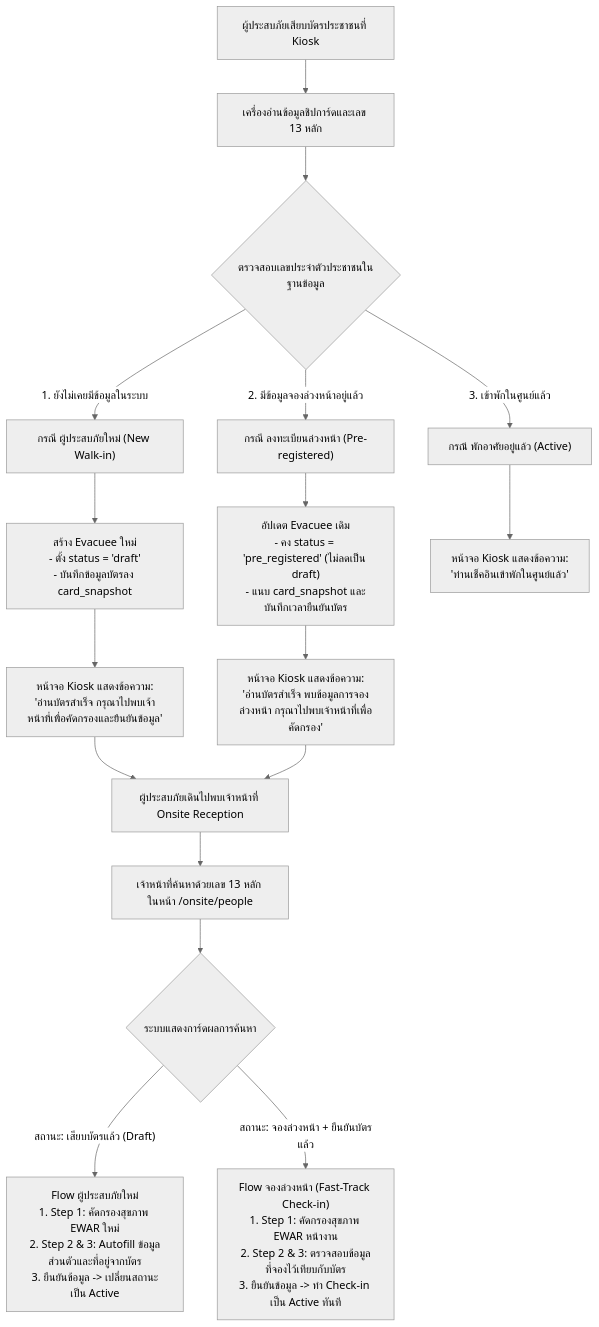
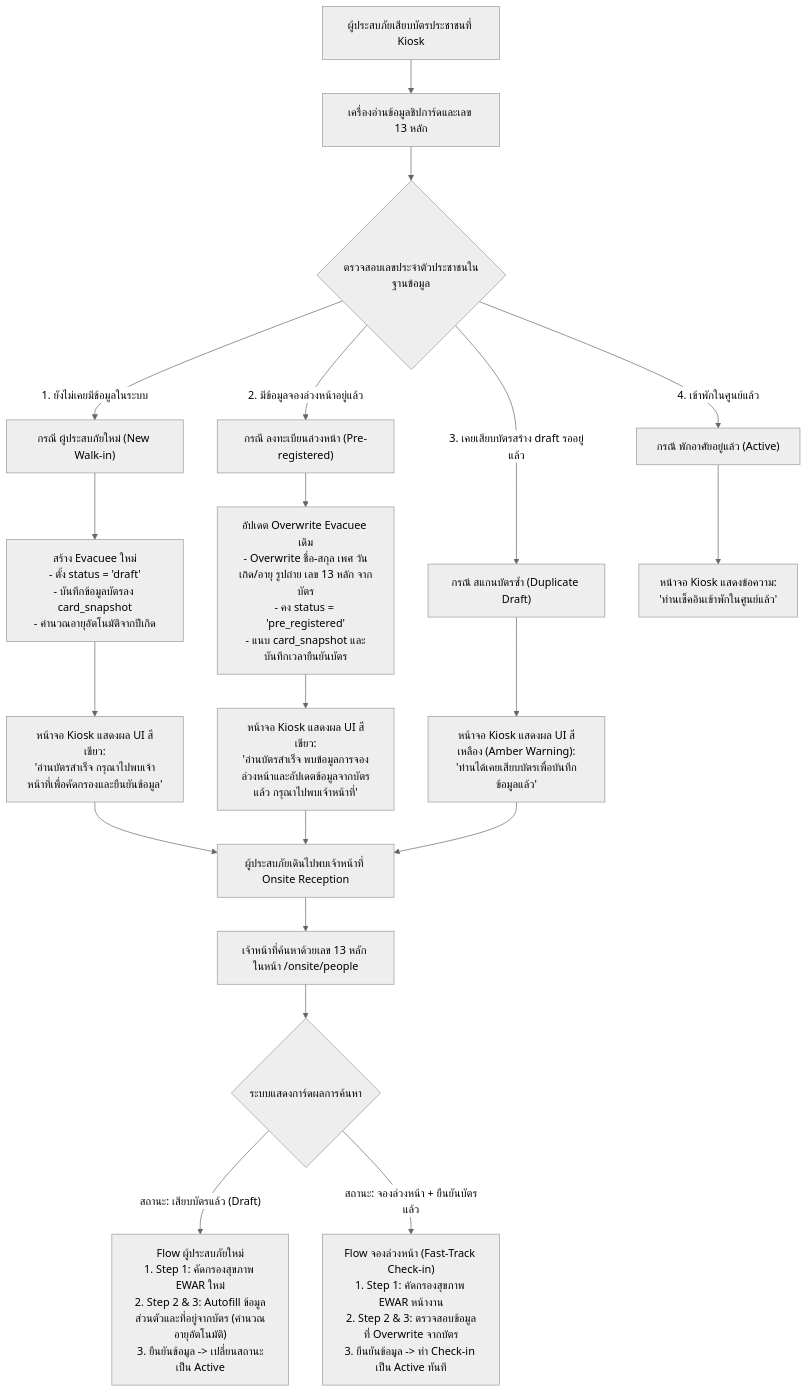
The diagram in docs/features/smart-card-registration-spec.md (r202-coe-psu/tent), drawn with Mermaid (neutral theme) before and after one commit. The commit also changed other lines of this file and 13 other files, not shown here.

Commit message:
feat: implement automatic age calculation from birth year, update personal details from authoritative card data, and add a warning UI for duplicate scans.

````diff
--- a/docs/features/smart-card-registration-spec.md
+++ b/docs/features/smart-card-registration-spec.md
@@ -36,26 +36,30 @@
 ```mermaid
 flowchart TD
     Start["ผู้ประสบภัยเสียบบัตรประชาชนที่ Kiosk"] --> ReadCard["เครื่องอ่านข้อมูลชิปการ์ดและเลข 13 หลัก"]
     ReadCard --> CheckDB{"ตรวจสอบเลขประจำตัวประชาชนในฐานข้อมูล"}
 
     CheckDB -- "1. ยังไม่เคยมีข้อมูลในระบบ" --> NewWalkin["กรณี ผู้ประสบภัยใหม่ (New Walk-in)"]
-    NewWalkin --> CreateDraft["สร้าง Evacuee ใหม่<br/>- ตั้ง status = 'draft'<br/>- บันทึกข้อมูลบัตรลง card_snapshot"]
-    CreateDraft --> ScreenNew["หน้าจอ Kiosk แสดงข้อความ:<br/>'อ่านบัตรสำเร็จ กรุณาไปพบเจ้าหน้าที่เพื่อคัดกรองและยืนยันข้อมูล'"]
+    NewWalkin --> CreateDraft["สร้าง Evacuee ใหม่<br/>- ตั้ง status = 'draft'<br/>- บันทึกข้อมูลบัตรลง card_snapshot<br/>- คำนวณอายุอัตโนมัติจากปีเกิด"]
+    CreateDraft --> ScreenNew["หน้าจอ Kiosk แสดงผล UI สีเขียว:<br/>'อ่านบัตรสำเร็จ กรุณาไปพบเจ้าหน้าที่เพื่อคัดกรองและยืนยันข้อมูล'"]
 
     CheckDB -- "2. มีข้อมูลจองล่วงหน้าอยู่แล้ว" --> PreReg["กรณี ลงทะเบียนล่วงหน้า (Pre-registered)"]
-    PreReg --> AttachCard["อัปเดต Evacuee เดิม<br/>- คง status = 'pre_registered' (ไม่ลดเป็น draft)<br/>- แนบ card_snapshot และบันทึกเวลายืนยันบัตร"]
-    AttachCard --> ScreenPre["หน้าจอ Kiosk แสดงข้อความ:<br/>'อ่านบัตรสำเร็จ พบข้อมูลการจองล่วงหน้า กรุณาไปพบเจ้าหน้าที่เพื่อคัดกรอง'"]
+    PreReg --> AttachCard["อัปเดต Overwrite Evacuee เดิม<br/>- Overwrite ชื่อ-สกุล เพศ วันเกิด/อายุ รูปถ่าย เลข 13 หลัก จากบัตร<br/>- คง status = 'pre_registered'<br/>- แนบ card_snapshot และบันทึกเวลายืนยันบัตร"]
+    AttachCard --> ScreenPre["หน้าจอ Kiosk แสดงผล UI สีเขียว:<br/>'อ่านบัตรสำเร็จ พบข้อมูลการจองล่วงหน้าและอัปเดตข้อมูลจากบัตรแล้ว กรุณาไปพบเจ้าหน้าที่'"]
 
-    CheckDB -- "3. เข้าพักในศูนย์แล้ว" --> Active["กรณี พักอาศัยอยู่แล้ว (Active)"]
+    CheckDB -- "3. เคยเสียบบัตรสร้าง draft รออยู่แล้ว" --> DuplicateDraft["กรณี สแกนบัตรซ้ำ (Duplicate Draft)"]
+    DuplicateDraft --> ScreenDup["หน้าจอ Kiosk แสดงผล UI สีเหลือง (Amber Warning):<br/>'ท่านได้เคยเสียบบัตรเพื่อบันทึกข้อมูลแล้ว'"]
+
+    CheckDB -- "4. เข้าพักในศูนย์แล้ว" --> Active["กรณี พักอาศัยอยู่แล้ว (Active)"]
     Active --> ScreenActive["หน้าจอ Kiosk แสดงข้อความ:<br/>'ท่านเช็คอินเข้าพักในศูนย์แล้ว'"]
 
     ScreenNew --> StaffDesk["ผู้ประสบภัยเดินไปพบเจ้าหน้าที่ Onsite Reception"]
     ScreenPre --> StaffDesk
+    ScreenDup --> StaffDesk
 
     StaffDesk --> SearchStaff["เจ้าหน้าที่ค้นหาด้วยเลข 13 หลัก ในหน้า /onsite/people"]
     SearchStaff --> RenderResult{"ระบบแสดงการ์ดผลการค้นหา"}
 
-    RenderResult -- "สถานะ: เสียบบัตรแล้ว (Draft)" --> FlowDraft["Flow ผู้ประสบภัยใหม่<br/>1. Step 1: คัดกรองสุขภาพ EWAR ใหม่<br/>2. Step 2 & 3: Autofill ข้อมูลส่วนตัวและที่อยู่จากบัตร<br/>3. ยืนยันข้อมูล -> เปลี่ยนสถานะเป็น Active"]
+    RenderResult -- "สถานะ: เสียบบัตรแล้ว (Draft)" --> FlowDraft["Flow ผู้ประสบภัยใหม่<br/>1. Step 1: คัดกรองสุขภาพ EWAR ใหม่<br/>2. Step 2 & 3: Autofill ข้อมูลส่วนตัวและที่อยู่จากบัตร (คำนวณอายุอัตโนมัติ)<br/>3. ยืนยันข้อมูล -> เปลี่ยนสถานะเป็น Active"]
 
-    RenderResult -- "สถานะ: จองล่วงหน้า + ยืนยันบัตรแล้ว" --> FlowPre["Flow จองล่วงหน้า (Fast-Track Check-in)<br/>1. Step 1: คัดกรองสุขภาพ EWAR หน้างาน<br/>2. Step 2 & 3: ตรวจสอบข้อมูลที่จองไว้เทียบกับบัตร<br/>3. ยืนยันข้อมูล -> ทำ Check-in เป็น Active ทันที"]
+    RenderResult -- "สถานะ: จองล่วงหน้า + ยืนยันบัตรแล้ว" --> FlowPre["Flow จองล่วงหน้า (Fast-Track Check-in)<br/>1. Step 1: คัดกรองสุขภาพ EWAR หน้างาน<br/>2. Step 2 & 3: ตรวจสอบข้อมูลที่ Overwrite จากบัตร<br/>3. ยืนยันข้อมูล -> ทำ Check-in เป็น Active ทันที"]
 ```
````
